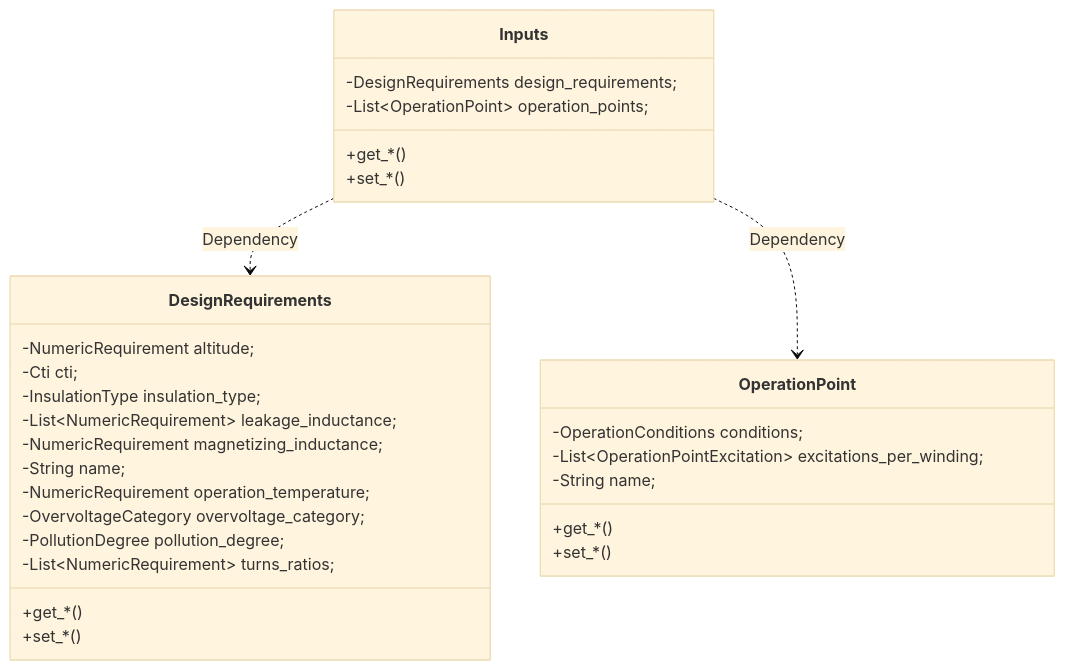
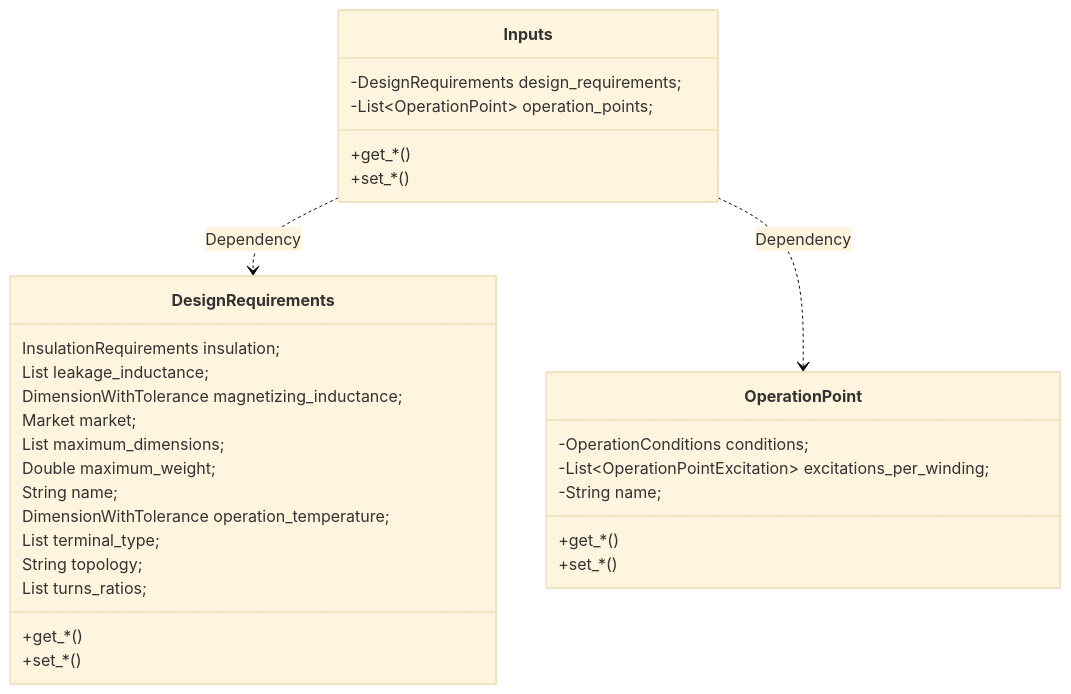
One commit to OpenMagnetics/MAS changed the first of 4 diagrams in docs/inputs.md. Above: the diagram before and after it, drawn with Mermaid (base theme).

````diff
--- a/docs/inputs.md
+++ b/docs/inputs.md
@@ -7,43 +7,44 @@
 ```mermaid
 classDiagram
 
 class Inputs {
     
     -DesignRequirements design_requirements;
     -List~OperationPoint~ operation_points;
 
     +get_*()
     +set_*()
     
 }
 Inputs ..> DesignRequirements : Dependency
 Inputs ..> OperationPoint : Dependency
 
 class DesignRequirements {
 
-    -NumericRequirement altitude;
-    -Cti cti;
-    -InsulationType insulation_type;
-    -List~NumericRequirement~ leakage_inductance;
-    -NumericRequirement magnetizing_inductance;
-    -String name;
-    -NumericRequirement operation_temperature;
-    -OvervoltageCategory overvoltage_category;
-    -PollutionDegree pollution_degree;
-    -List~NumericRequirement~ turns_ratios;
+    InsulationRequirements insulation;
+    List<DimensionWithTolerance> leakage_inductance;
+    DimensionWithTolerance magnetizing_inductance;
+    Market market;
+    List<Double> maximum_dimensions;
+    Double maximum_weight;
+    String name;
+    DimensionWithTolerance operation_temperature;
+    List<TerminalType> terminal_type;
+    String topology;
+    List<DimensionWithTolerance> turns_ratios;
 
     +get_*()
     +set_*()
 }
 
 class OperationPoint {
 
     -OperationConditions conditions;
     -List~OperationPointExcitation~ excitations_per_winding;
     -String name;
 
     +get_*()
     +set_*()
 }
 
 ```
````
